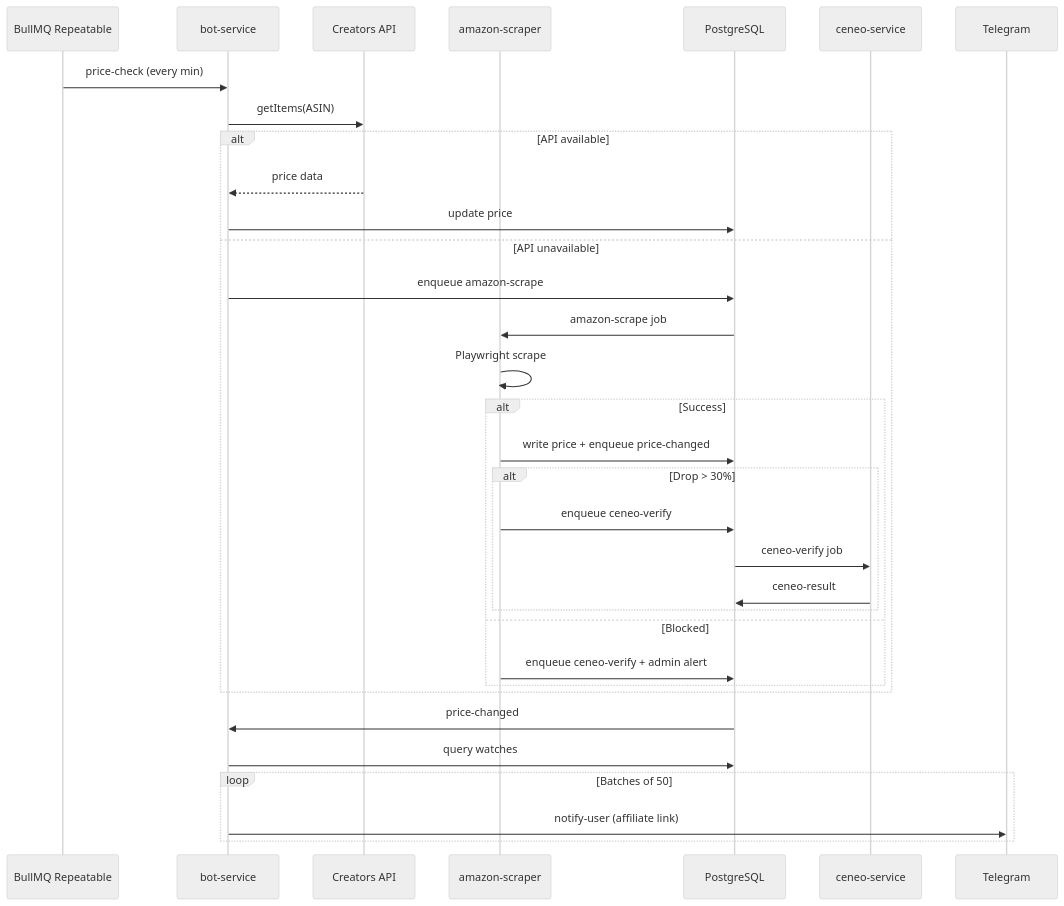
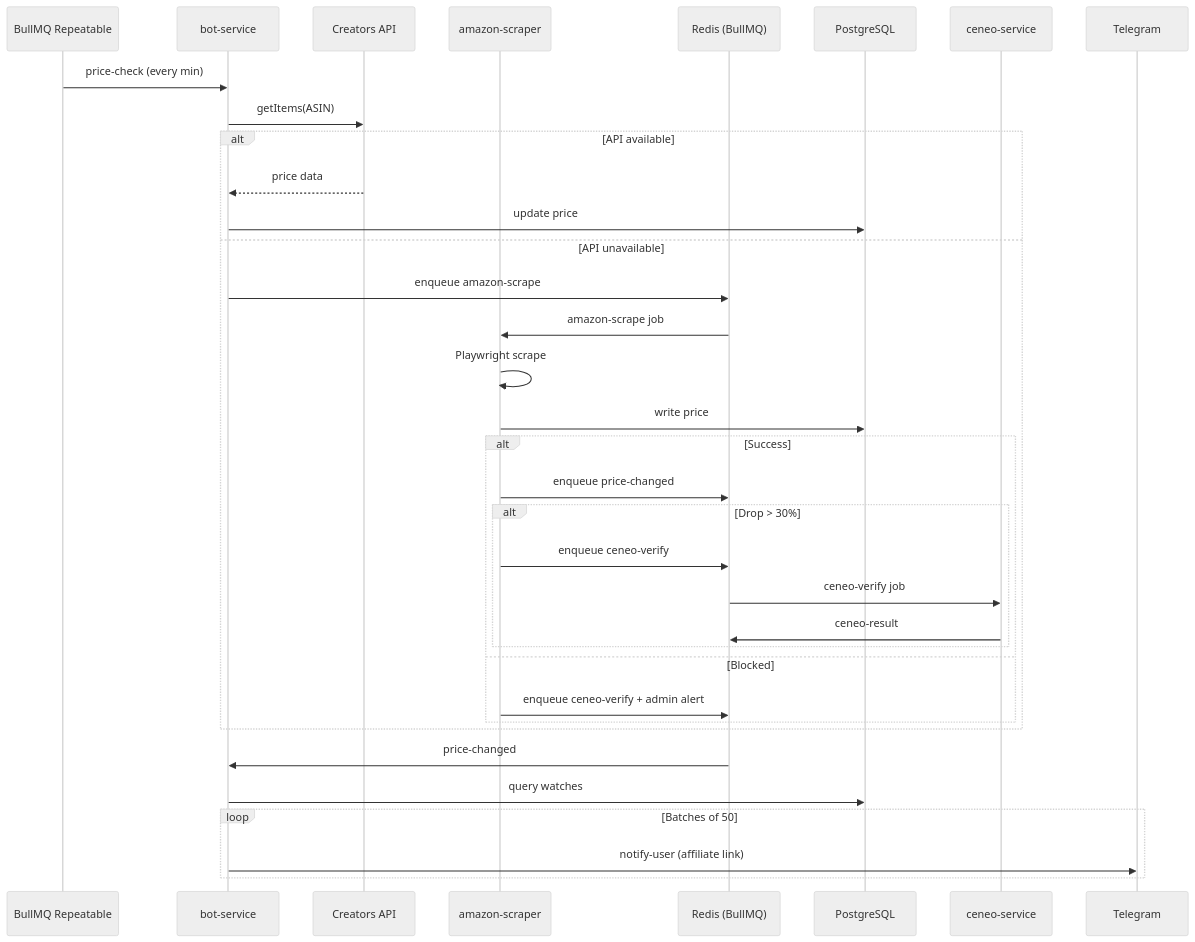
Before and after one commit to k0ff33/amazonpl-price-watch: the fourth of 4 diagrams in docs/architecture.md, drawn with Mermaid (neutral theme). The commit also changed other lines of this file and 4 other files, not shown here.

````diff
--- a/docs/architecture.md
+++ b/docs/architecture.md
@@ -102,36 +106,38 @@
 ```mermaid
 sequenceDiagram
     participant Cron as BullMQ Repeatable
     participant Bot as bot-service
     participant API as Creators API
     participant AS as amazon-scraper
+    participant Redis as Redis (BullMQ)
     participant DB as PostgreSQL
     participant CS as ceneo-service
     participant TG as Telegram
 
     Cron->>Bot: price-check (every min)
     Bot->>API: getItems(ASIN)
     alt API available
         API-->>Bot: price data
         Bot->>DB: update price
     else API unavailable
-        Bot->>DB: enqueue amazon-scrape
-        DB->>AS: amazon-scrape job
+        Bot->>Redis: enqueue amazon-scrape
+        Redis->>AS: amazon-scrape job
         AS->>AS: Playwright scrape
+        AS->>DB: write price
         alt Success
-            AS->>DB: write price + enqueue price-changed
+            AS->>Redis: enqueue price-changed
             alt Drop > 30%
-                AS->>DB: enqueue ceneo-verify
-                DB->>CS: ceneo-verify job
-                CS->>DB: ceneo-result
+                AS->>Redis: enqueue ceneo-verify
+                Redis->>CS: ceneo-verify job
+                CS->>Redis: ceneo-result
             end
         else Blocked
-            AS->>DB: enqueue ceneo-verify + admin alert
+            AS->>Redis: enqueue ceneo-verify + admin alert
         end
     end
-    DB->>Bot: price-changed
+    Redis->>Bot: price-changed
     Bot->>DB: query watches
     loop Batches of 50
         Bot->>TG: notify-user (affiliate link)
     end
 ```
````
